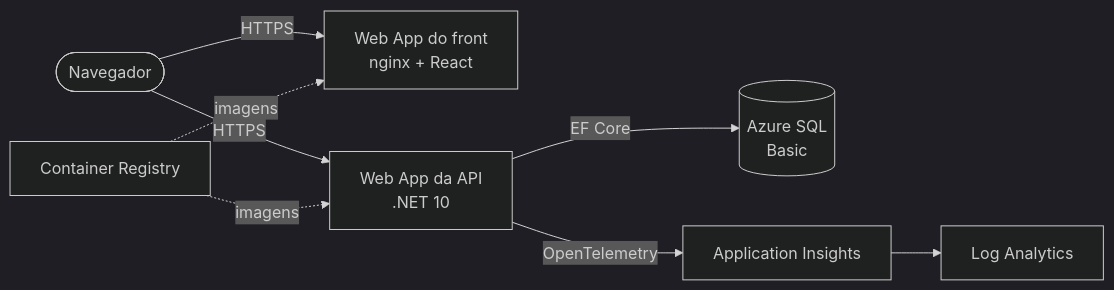
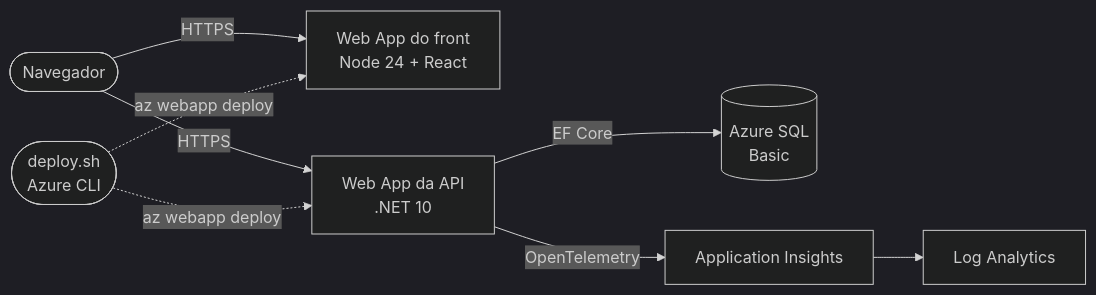
The diagram in README.md (3BugBuddies/DindinBuddies-Devops-CP5), drawn with Mermaid (dark theme) before and after one commit. The commit also changed other lines of this file and 1 other file, not shown here.

First line of the commit message:
Etapa 8: deploy com az webapp deploy

````diff
--- a/README.md
+++ b/README.md
@@ -23,10 +23,10 @@
 ```mermaid
 flowchart LR
-    U([Navegador]) -->|HTTPS| WEB[Web App do front<br/>nginx + React]
+    U([Navegador]) -->|HTTPS| WEB[Web App do front<br/>Node 24 + React]
     U -->|HTTPS| API[Web App da API<br/>.NET 10]
     API -->|EF Core| SQL[(Azure SQL<br/>Basic)]
     API -->|OpenTelemetry| AI[Application Insights]
     AI --> LOG[Log Analytics]
-    ACR[Container Registry] -.->|imagens| WEB
-    ACR -.->|imagens| API
+    DEV([deploy.sh<br/>Azure CLI]) -.->|az webapp deploy| WEB
+    DEV -.->|az webapp deploy| API
 ```
````
